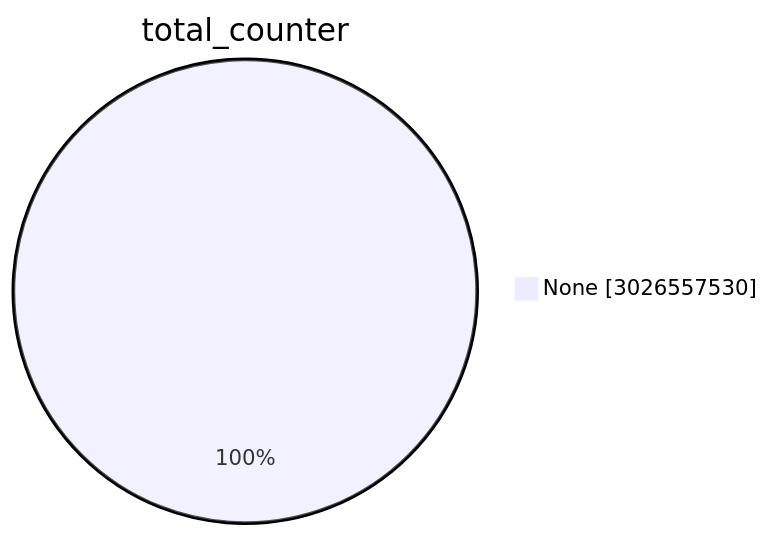
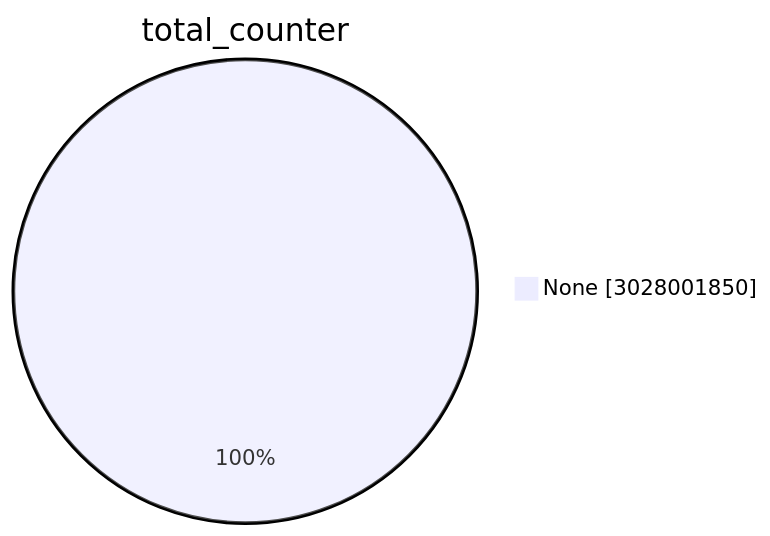
One commit to christiankrug/ctmonitor_visualization changed the first of 15 diagrams in TOTAL/README.md. Above: the diagram before and after it, drawn with Mermaid. The commit also changed other lines of this file, not shown here.

````diff
--- a/TOTAL/README.md
+++ b/TOTAL/README.md
@@ -1,5 +1,5 @@
 ```mermaid
 pie showData
 title total_counter
-"None" :3026557530
+"None" :3028001850
 ```
````
